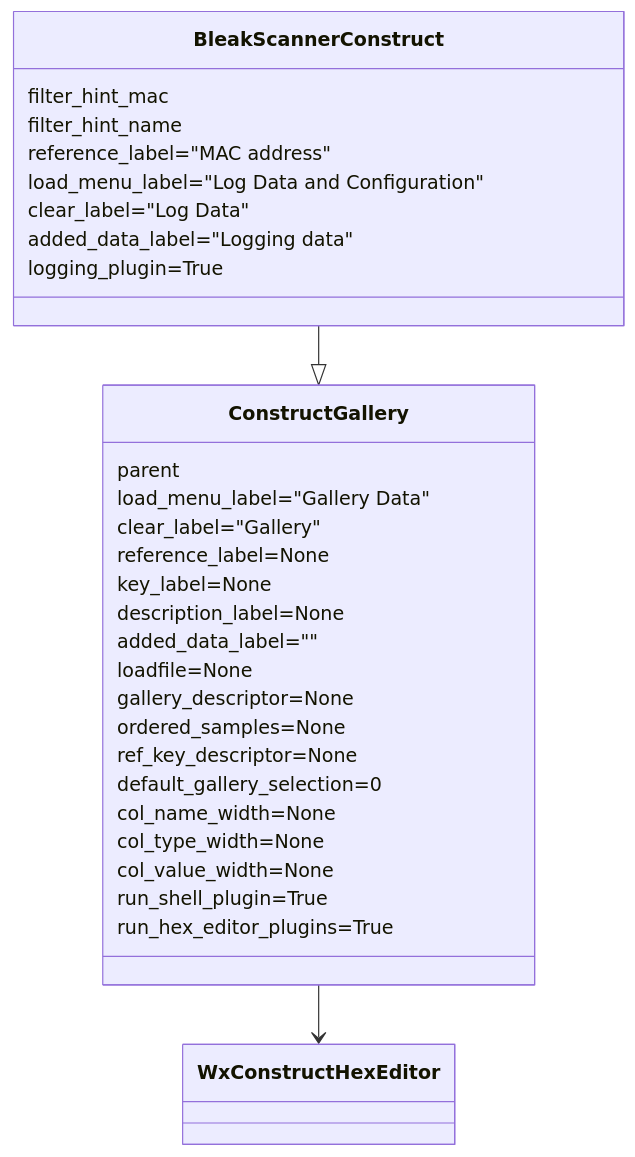
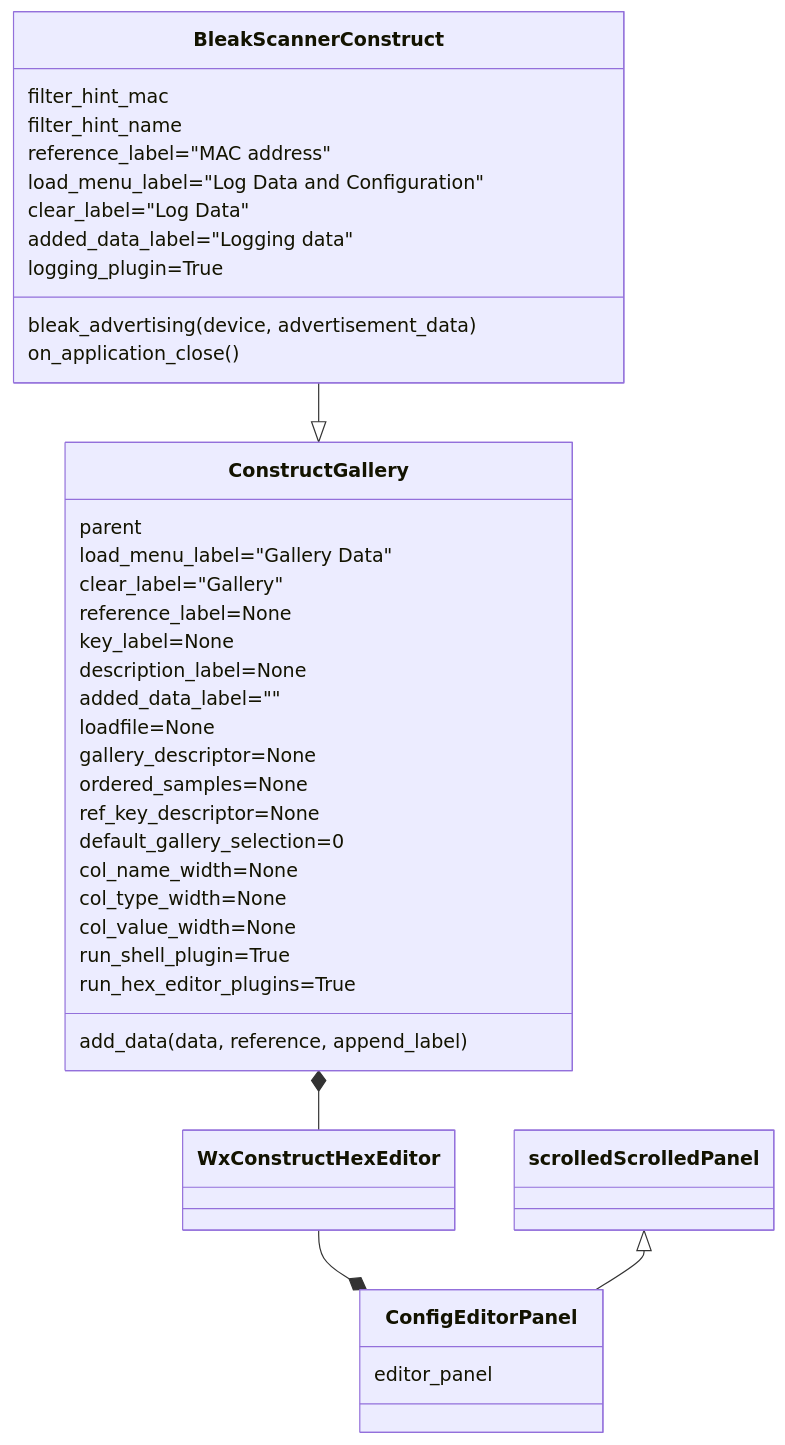
Before and after one commit to Ircama/construct-gallery: the first of 2 diagrams in README.md, drawn with Mermaid.

Commit message:
Documentation updated

````diff
--- a/README.md
+++ b/README.md
@@ -360,37 +360,47 @@
 ```mermaid
 classDiagram
     BleakScannerConstruct --|> ConstructGallery
-    ConstructGallery --> WxConstructHexEditor
+    ConstructGallery *-- WxConstructHexEditor
+    WxConstructHexEditor --* ConfigEditorPanel
+    scrolledScrolledPanel <|-- ConfigEditorPanel
+
+    class ConfigEditorPanel{
+        editor_panel
+    }
 
     class BleakScannerConstruct{
         filter_hint_mac
         filter_hint_name
-
         reference_label="MAC address"
         load_menu_label="Log Data and Configuration"
         clear_label="Log Data"
         added_data_label="Logging data"
         logging_plugin=True
+
+        bleak_advertising(device, advertisement_data)
+        on_application_close()
     }
 
     class ConstructGallery{
         parent
 
         load_menu_label="Gallery Data"
         clear_label="Gallery"
         reference_label=None
         key_label=None
         description_label=None
         added_data_label=""
         loadfile=None
         gallery_descriptor=None
         ordered_samples=None
         ref_key_descriptor=None
         default_gallery_selection=0
         col_name_width=None
         col_type_width=None
         col_value_width=None
         run_shell_plugin=True
         run_hex_editor_plugins=True
+
+        add_data(data, reference, append_label)
     }
 ```
````
